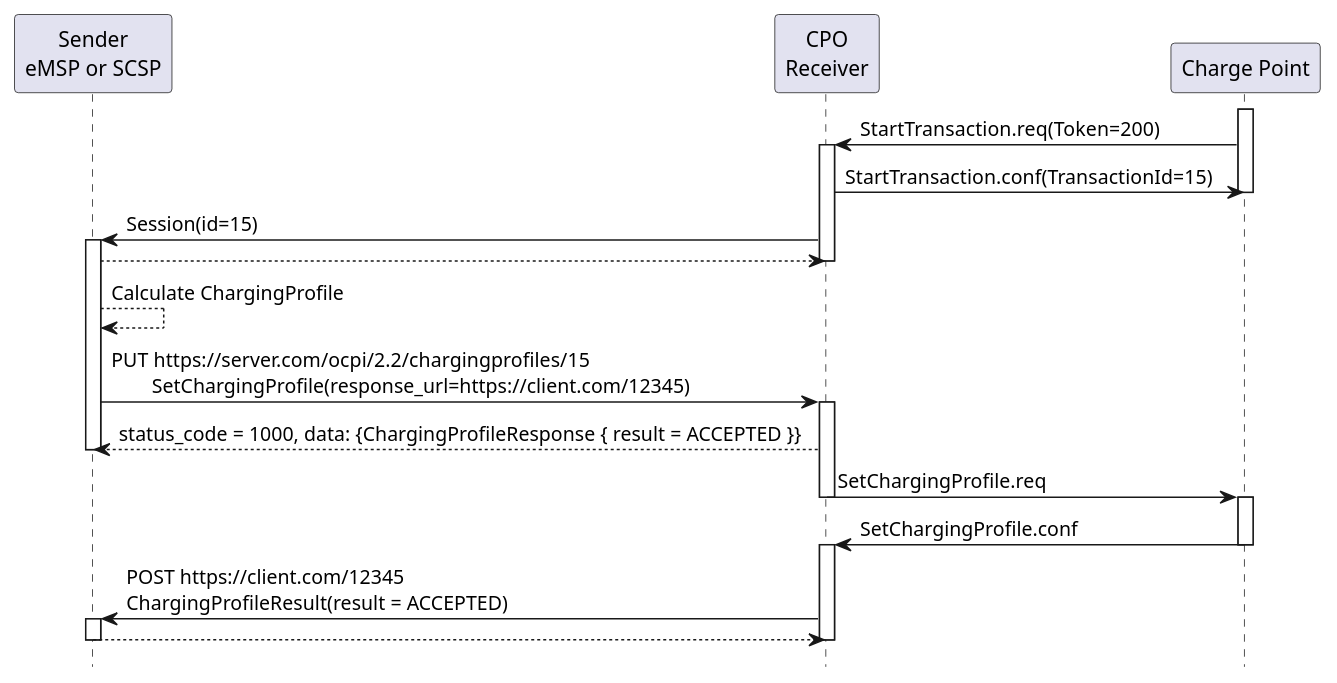
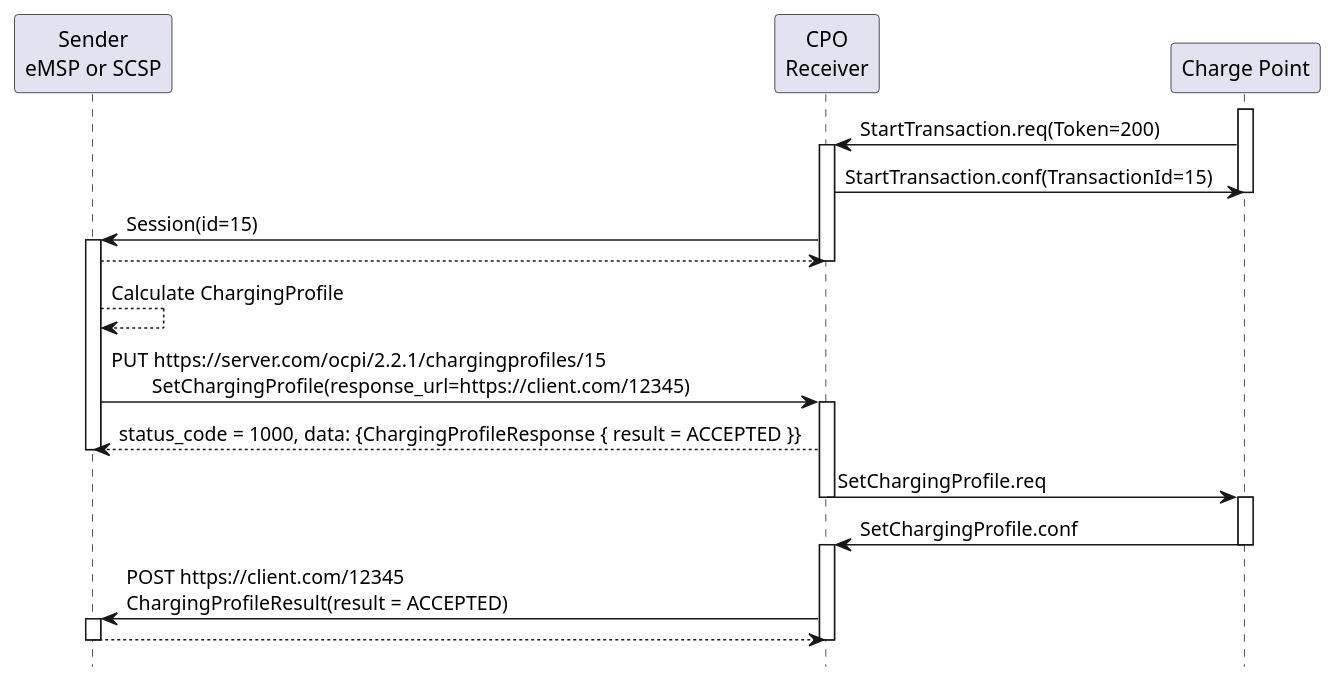
Before and after one commit to ocpi/ocpi: the diagram in plantuml/sd_charging_profile_set.plantuml, drawn with PlantUML. The commit also changed 13 other files, not shown here.

```diff
--- a/plantuml/sd_charging_profile_set.plantuml
+++ b/plantuml/sd_charging_profile_set.plantuml
@@ -1,38 +1,38 @@
 @startuml
 hide footbox
 
 participant "Sender\neMSP or SCSP" as eMSP
 participant "CPO\nReceiver" as CPO
 participant "Charge Point" as CP
 
 
 activate CP
 CP   ->  CPO:  StartTransaction.req(Token=200)
 activate CPO
 CPO  ->  CP:   StartTransaction.conf(TransactionId=15)
 deactivate CP
 CPO  ->  eMSP: Session(id=15)
 activate eMSP
-eMSP --> CPO: 
+eMSP --> CPO:
 deactivate CPO
 
 
 eMSP --> eMSP: Calculate ChargingProfile
-eMSP ->  CPO:  PUT https:~//server.com/ocpi/2.2/chargingprofiles/15\n        SetChargingProfile(response_url=https:~//client.com/12345)
+eMSP ->  CPO:  PUT https:~//server.com/ocpi/2.2.1/chargingprofiles/15\n        SetChargingProfile(response_url=https:~//client.com/12345)
 activate CPO
 CPO  --> eMSP: status_code = 1000, data: {ChargingProfileResponse { result = ACCEPTED }}
 deactivate eMSP
 
 CPO  ->  CP:   SetChargingProfile.req
 deactivate CPO
 activate CP
 CP   ->  CPO:  SetChargingProfile.conf
 deactivate CP
 activate CPO
 CPO  ->  eMSP: POST https:~//client.com/12345\nChargingProfileResult(result = ACCEPTED)
 activate eMSP
 eMSP --> CPO:
 deactivate CPO
 deactivate eMSP
 
 @enduml
```
